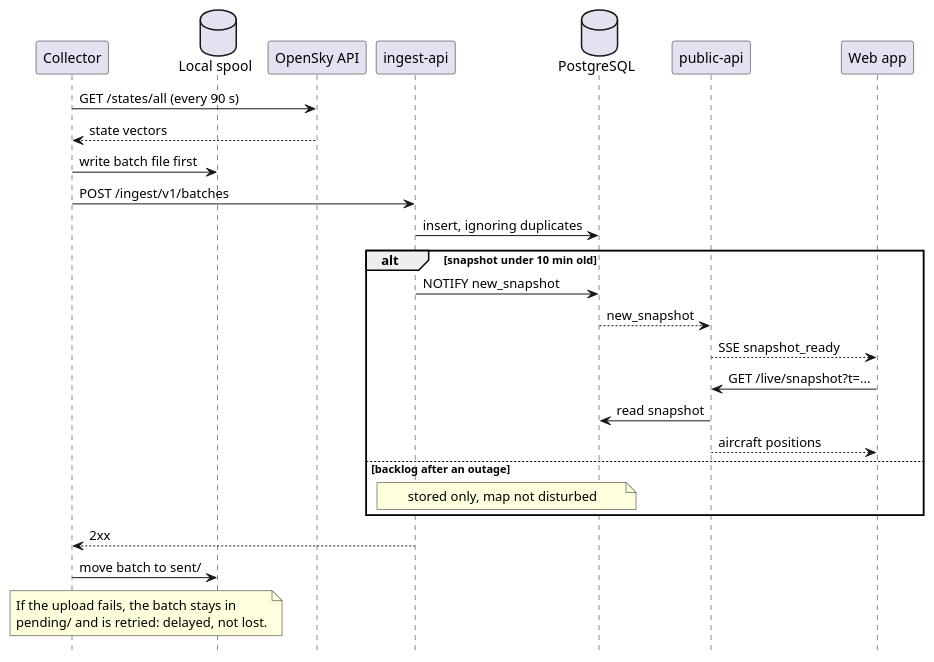
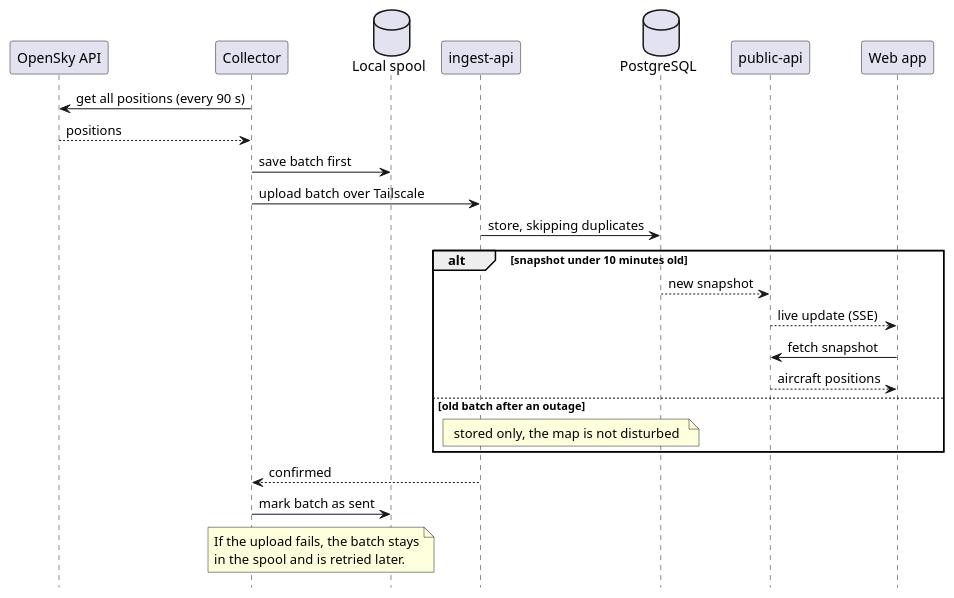
The diagram in docs/diagrams/seq-collect-to-map.puml (AlekkDev/airspace-live-tracker), drawn with PlantUML before and after one commit. The commit also changed 22 other files, not shown here.

```diff
--- a/docs/diagrams/seq-collect-to-map.puml
+++ b/docs/diagrams/seq-collect-to-map.puml
@@ -1,35 +1,33 @@
 @startuml seq-collect-to-map
 skinparam shadowing false
 hide footbox
 skinparam defaultFontName Arial
 
+participant "OpenSky API" as O
 participant "Collector" as C
 database "Local spool" as S
-participant "OpenSky API" as O
 participant "ingest-api" as I
 database "PostgreSQL" as D
 participant "public-api" as A
 participant "Web app" as W
 
-C -> O : GET /states/all (every 90 s)
-O --> C : state vectors
-C -> S : write batch file first
-C -> I : POST /ingest/v1/batches
-I -> D : insert, ignoring duplicates
-alt snapshot under 10 min old
-  I -> D : NOTIFY new_snapshot
-  D --> A : new_snapshot
-  A --> W : SSE snapshot_ready
-  W -> A : GET /live/snapshot?t=...
-  A -> D : read snapshot
+C -> O : get all positions (every 90 s)
+O --> C : positions
+C -> S : save batch first
+C -> I : upload batch over Tailscale
+I -> D : store, skipping duplicates
+alt snapshot under 10 minutes old
+  D --> A : new snapshot
+  A --> W : live update (SSE)
+  W -> A : fetch snapshot
   A --> W : aircraft positions
-else backlog after an outage
-  note over I, D : stored only, map not disturbed
+else old batch after an outage
+  note over I, D : stored only, the map is not disturbed
 end
-I --> C : 2xx
-C -> S : move batch to sent/
+I --> C : confirmed
+C -> S : mark batch as sent
 note over C, S
-  If the upload fails, the batch stays in
-  pending/ and is retried: delayed, not lost.
+  If the upload fails, the batch stays
+  in the spool and is retried later.
 end note
 @enduml
```
